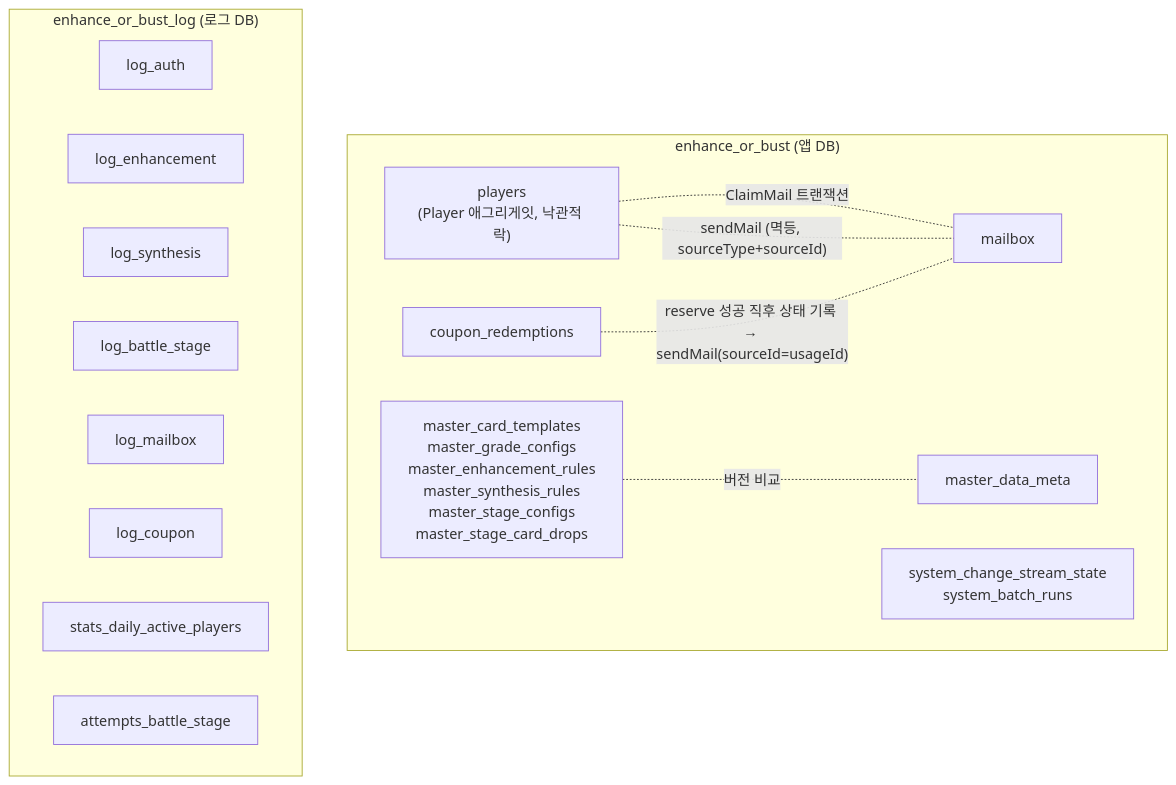
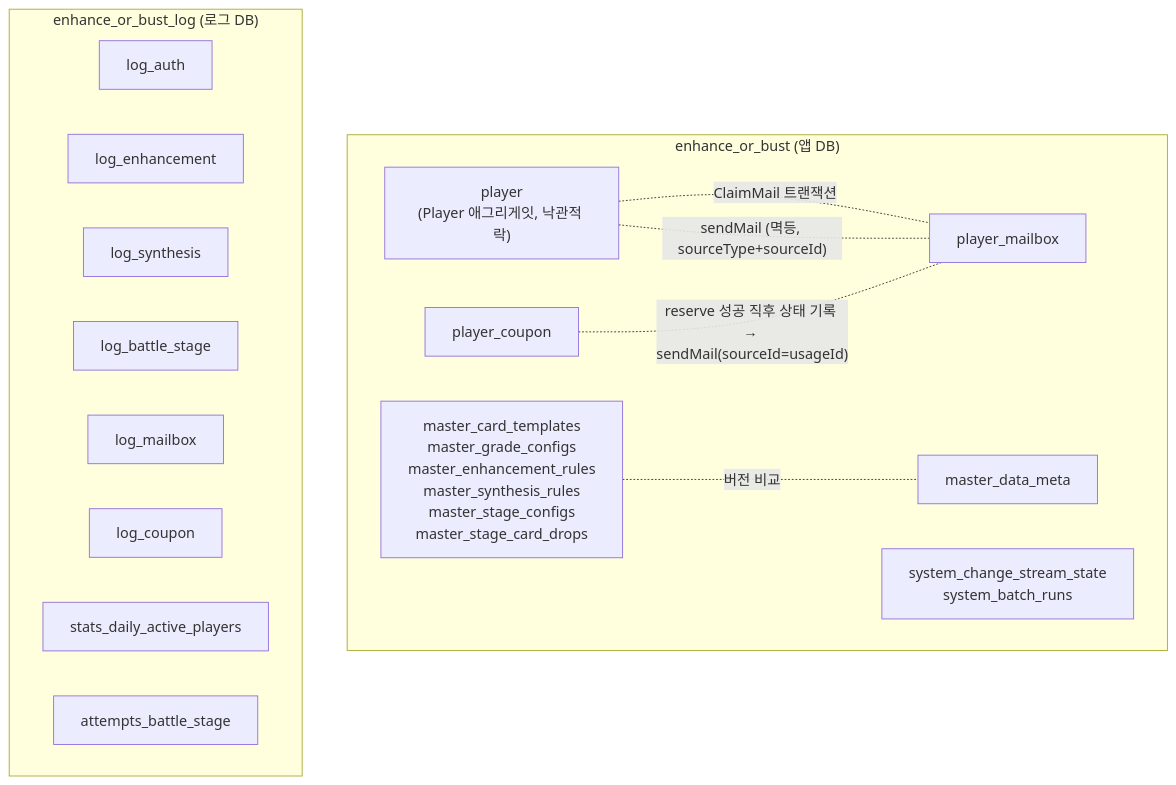
The diagram in docs/04_DATA_MODEL.md (trisakion0500/enhance-or-bust), drawn with Mermaid before and after one commit. The commit also changed other lines of this file and 26 other files, not shown here.

Commit message:
출석부 로테이션 in-place 리셋 재설계, 신규/복귀유저 대상 출석부 추가, gm_platform 출석 감사로그 조회 API 신규, 런타임 쓰기 컬렉션에 player_ 프리픽스 부여(players/mailbox/coupon_redemptions/attendance_instances -> player/player_mailbox/player_coupon/player_attendance)

````diff
--- a/docs/04_DATA_MODEL.md
+++ b/docs/04_DATA_MODEL.md
@@ -12,26 +12,26 @@
 ```mermaid
 graph TB
     subgraph "enhance_or_bust (앱 DB)"
-        players["players\n(Player 애그리게잇, 낙관적 락)"]
-        mailbox["mailbox"]
-        couponRedemptions["coupon_redemptions"]
+        players["player\n(Player 애그리게잇, 낙관적 락)"]
+        mailbox["player_mailbox"]
+        couponRedemptions["player_coupon"]
         masterData["master_card_templates\nmaster_grade_configs\nmaster_enhancement_rules\nmaster_synthesis_rules\nmaster_stage_configs\nmaster_stage_card_drops"]
         masterMeta["master_data_meta"]
         systemState["system_change_stream_state\nsystem_batch_runs"]
     end
     subgraph "enhance_or_bust_log (로그 DB)"
         logAuth["log_auth"]
         logEnh["log_enhancement"]
         logSyn["log_synthesis"]
         logBattle["log_battle_stage"]
         logMail["log_mailbox"]
         logCoupon["log_coupon"]
         stats["stats_daily_active_players"]
         attempts["attempts_battle_stage"]
     end
 
     players -. "ClaimMail 트랜잭션" .- mailbox
     players -. "sendMail (멱등, sourceType+sourceId)" .- mailbox
     couponRedemptions -. "reserve 성공 직후 상태 기록 → sendMail(sourceId=usageId)" .- mailbox
     masterData -. "버전 비교" .- masterMeta
 ```
````
